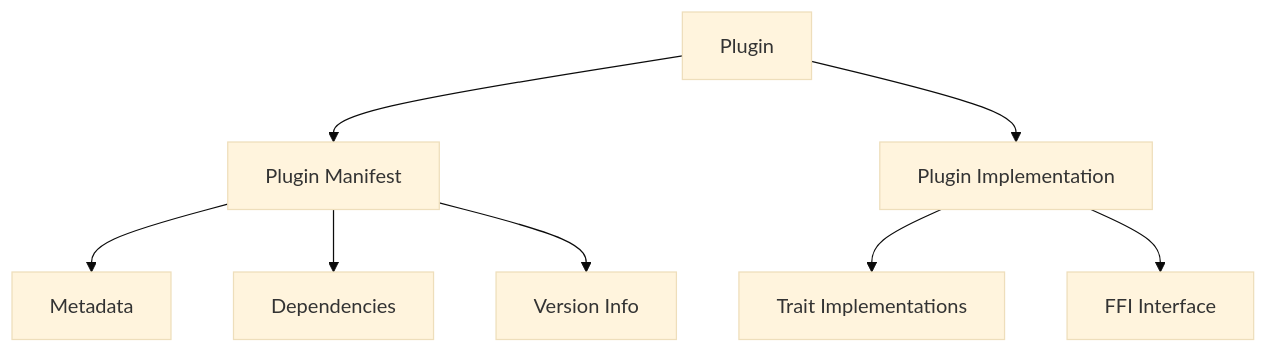
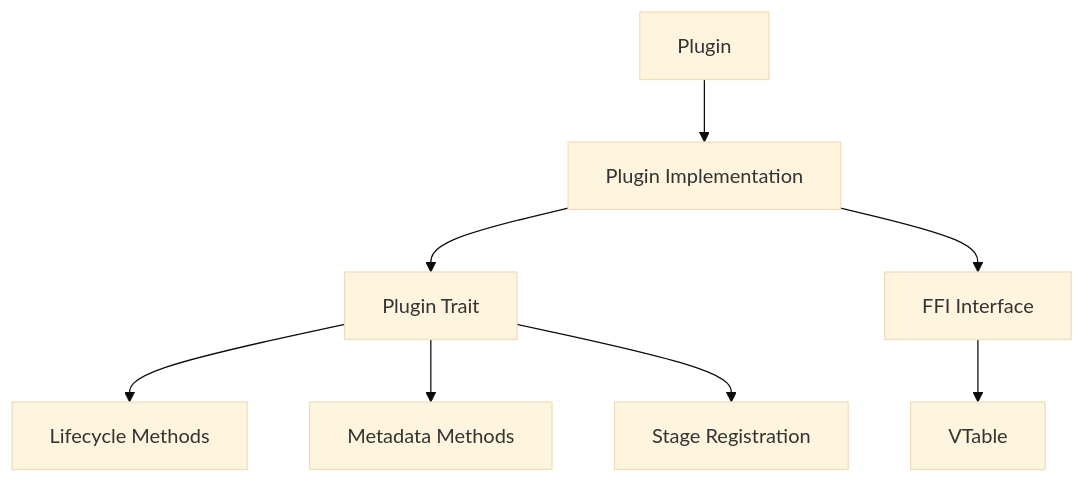
Before and after one commit to kunihir0/gini: the diagram in docs/plugin_system_developer_guide.md, drawn with Mermaid (base theme). The commit also changed other lines of this file, not shown here.

````diff
--- a/docs/plugin_system_developer_guide.md
+++ b/docs/plugin_system_developer_guide.md
@@ -9,10 +9,10 @@
 ```mermaid
 graph TD
-    A[Plugin] --> B[Plugin Manifest]
-    A --> C[Plugin Implementation]
-    C --> D[Trait Implementations]
-    C --> E[FFI Interface]
-    B --> F[Metadata]
-    B --> G[Dependencies]
-    B --> H[Version Info]
+    A[Plugin] --> B[Plugin Implementation]
+    B --> C[Plugin Trait]
+    B --> D[FFI Interface]
+    D --> E[VTable]
+    C --> F[Lifecycle Methods]
+    C --> G[Metadata Methods]
+    C --> H[Stage Registration]
 ```
````
